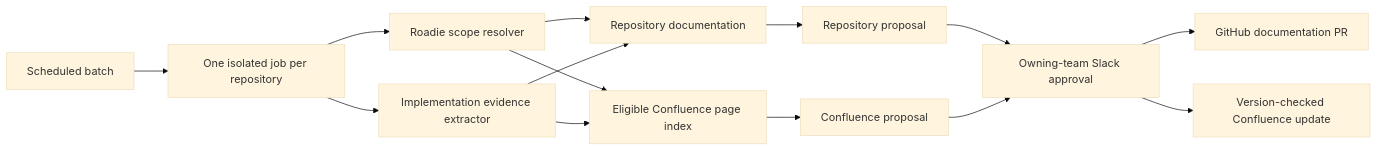
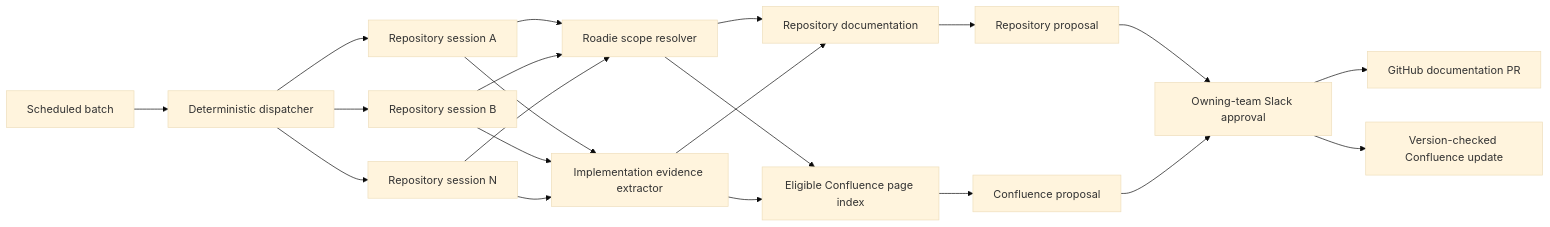
The diagram in docs/system-plan.md (cgillions/doc-updater), drawn with Mermaid (base theme) before and after one commit. The commit also changed other lines of this file and 1 other file, not shown here.

````diff
--- a/docs/system-plan.md
+++ b/docs/system-plan.md
@@ -23,21 +25,29 @@
 ```mermaid
 flowchart LR
-    S["Scheduled batch"] --> J["One isolated job per repository"]
-    J --> R["Roadie scope resolver"]
-    J --> I["Implementation evidence extractor"]
+    S["Scheduled batch"] --> D["Deterministic dispatcher"]
+    D --> J1["Repository session A"]
+    D --> J2["Repository session B"]
+    D --> JN["Repository session N"]
+
+    J1 --> R["Roadie scope resolver"]
+    J2 --> R
+    JN --> R
+    J1 --> I["Implementation evidence extractor"]
+    J2 --> I
+    JN --> I
 
     R --> RD["Repository documentation"]
     R --> CI["Eligible Confluence page index"]
 
     I --> RD
     I --> CI
 
     RD --> P1["Repository proposal"]
     CI --> P2["Confluence proposal"]
 
     P1 --> A["Owning-team Slack approval"]
     P2 --> A
 
     A --> G["GitHub documentation PR"]
     A --> C["Version-checked Confluence update"]
 ```
````
